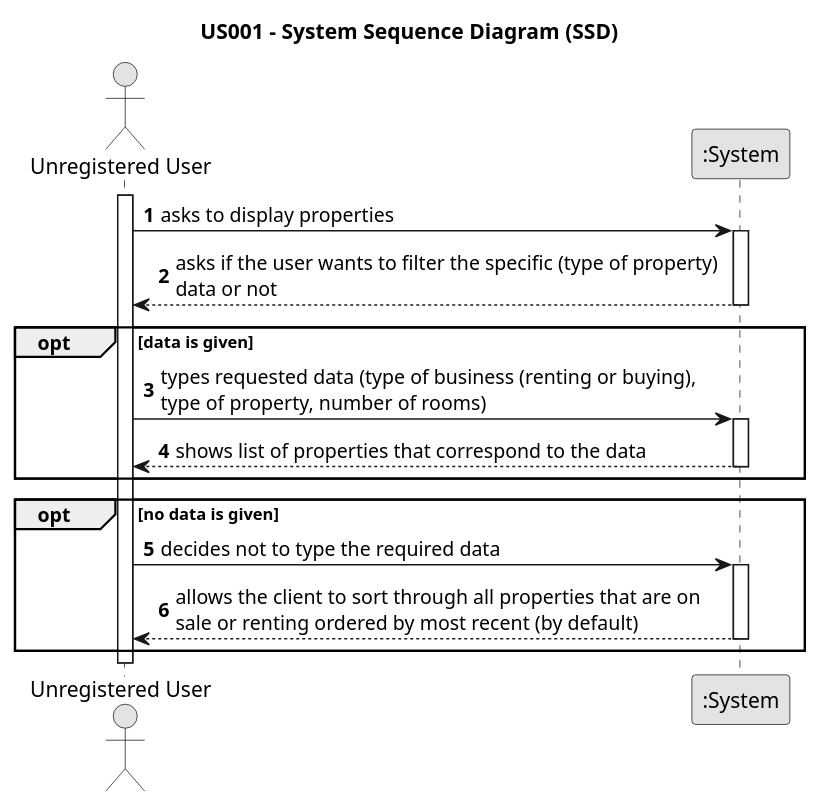
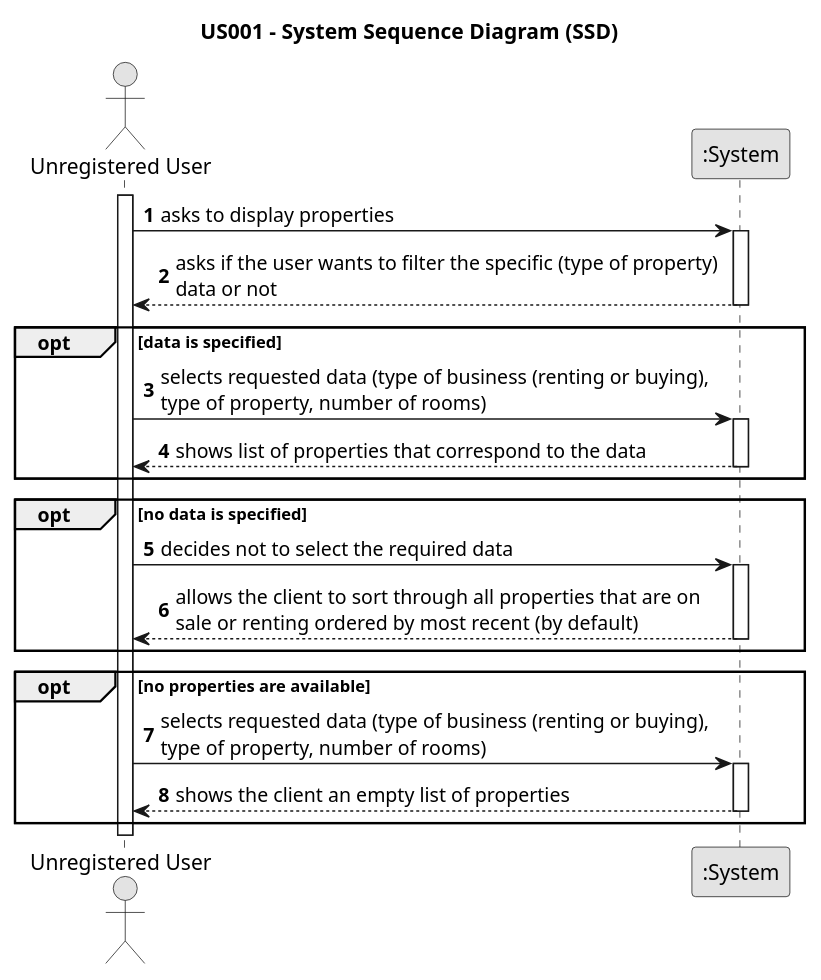
One commit to 1220812/LAPR2 changed the diagram in docs/sprintB/us001/01.requirements-engineering/puml/us001-system-sequence-diagram.puml. Above: the diagram before and after it, drawn with PlantUML. The commit also changed 1 other file, not shown here.

```diff
--- a/docs/sprintB/us001/01.requirements-engineering/puml/us001-system-sequence-diagram.puml
+++ b/docs/sprintB/us001/01.requirements-engineering/puml/us001-system-sequence-diagram.puml
@@ -1,37 +1,49 @@
 @startuml
 skinparam monochrome true
 skinparam packageStyle rectangle
 skinparam shadowing false
 
 title US001 - System Sequence Diagram (SSD)
 
 autonumber
 
 actor "Unregistered User" as Customer
 participant ":System" as System
 
 activate Customer
 
     Customer -> System : asks to display properties
+
     activate System
 
         System --> Customer : asks if the user wants to filter the specific (type of property) \ndata or not
     deactivate System
 
-opt data is given
-    Customer -> System : types requested data (type of business (renting or buying), \ntype of property, number of rooms)
+opt data is specified
+    Customer -> System : selects requested data (type of business (renting or buying), \ntype of property, number of rooms)
+
     activate System
 
         System --> Customer : shows list of properties that correspond to the data
     deactivate System
 end
 
-opt no data is given
-    Customer -> System : decides not to type the required data
-        activate System
+opt no data is specified
+    Customer -> System : decides not to select the required data
+
+    activate System
 
             System --> Customer : allows the client to sort through all properties that are on \nsale or renting ordered by most recent (by default)
-        deactivate System
+    deactivate System
+end
+
+opt no properties are available
+    Customer -> System : selects requested data (type of business (renting or buying), \ntype of property, number of rooms)
+
+    activate System
+
+            System --> Customer : shows the client an empty list of properties
+    deactivate System
 end
 
 @enduml
```
